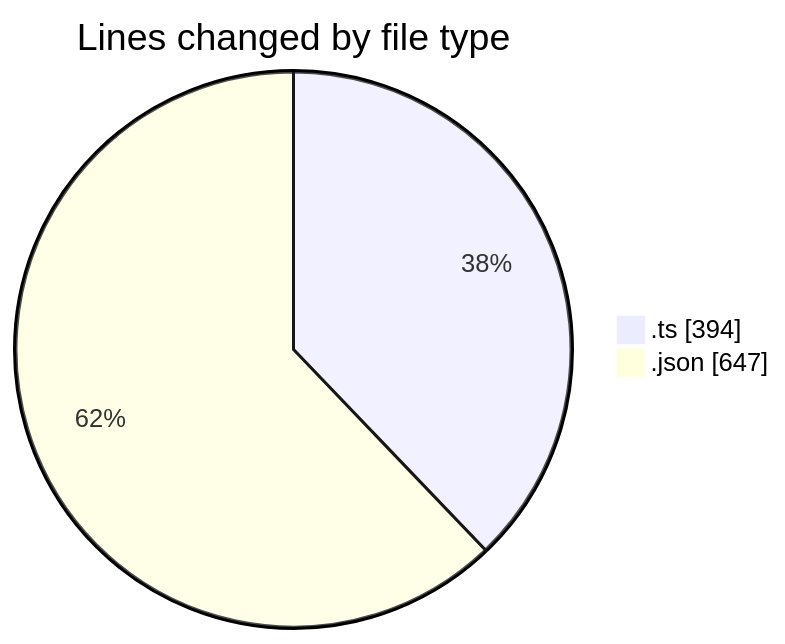
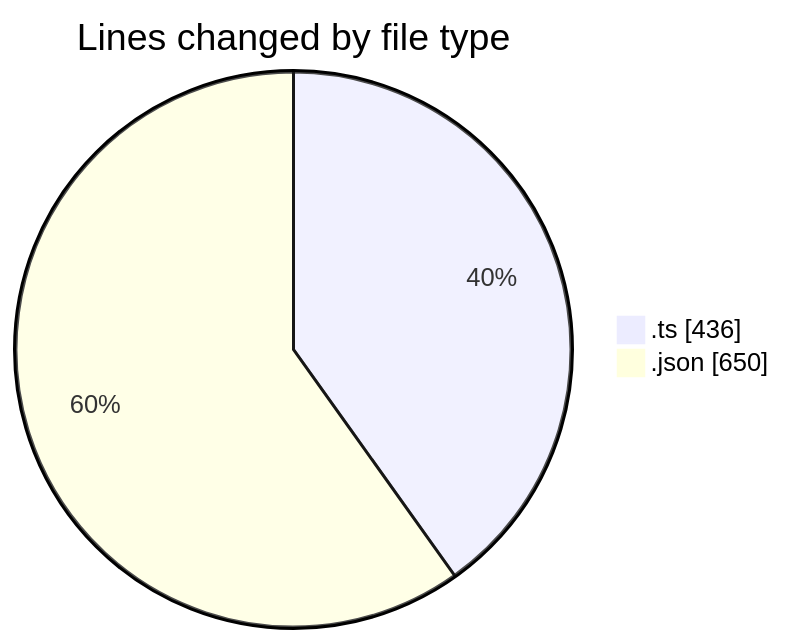
Before and after one commit to EIIisD/code-tracking: the first of 2 diagrams in 2025-08-26/mcp-web/README.md, drawn with Mermaid. The commit also changed other lines of this file and 1 other file, not shown here.

````diff
--- a/2025-08-26/mcp-web/README.md
+++ b/2025-08-26/mcp-web/README.md
@@ -23,6 +23,6 @@
 ```mermaid
 pie showData
 title Lines changed by file type
-".ts" : 394
-".json" : 647
+".ts" : 436
+".json" : 650
 ```
````
